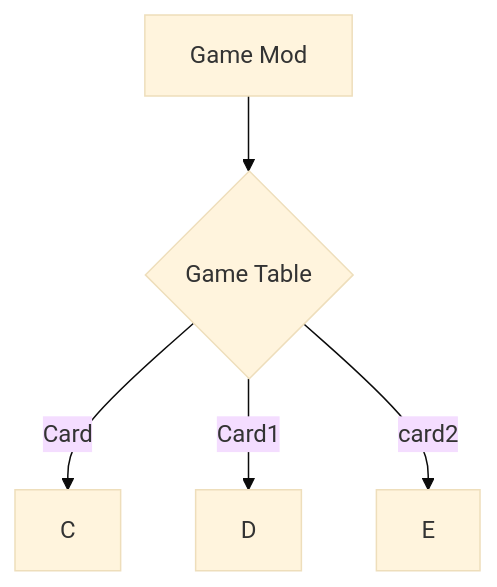
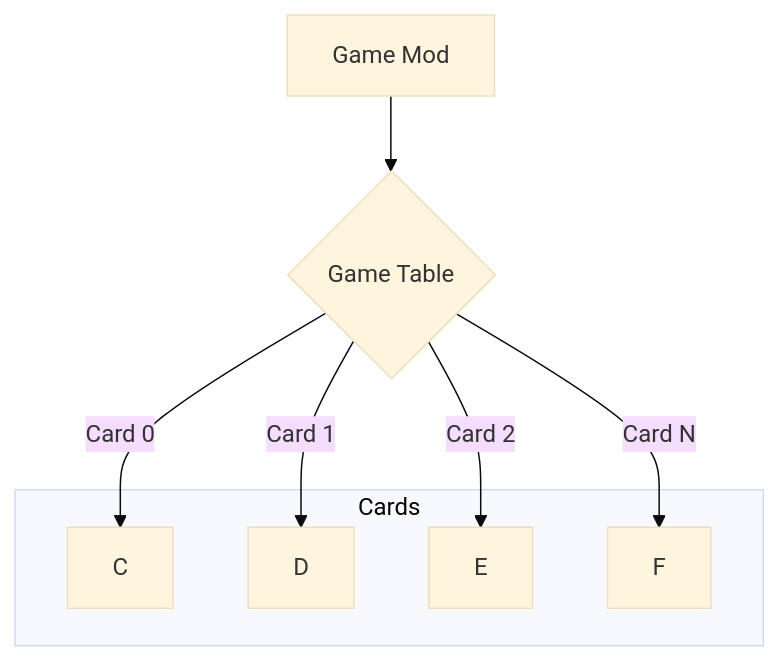
Before and after one commit to Jimmy888888/My_Solitaire_rewrite: the diagram in README.md, drawn with Mermaid (base theme).

````diff
--- a/README.md
+++ b/README.md
@@ -6,7 +6,14 @@
 ```mermaid
 graph TD
 A[Game Mod] -->B{Game Table}
-B -->|Card| C
-B -->|Card1| D
-B -->|card2| E 
+B -->|Card 0| C
+B -->|Card 1| D
+B -->|Card 2| E
+B -->|Card N| F
+subgraph Cards
+C
+D
+E
+F
+end
 ```
````
